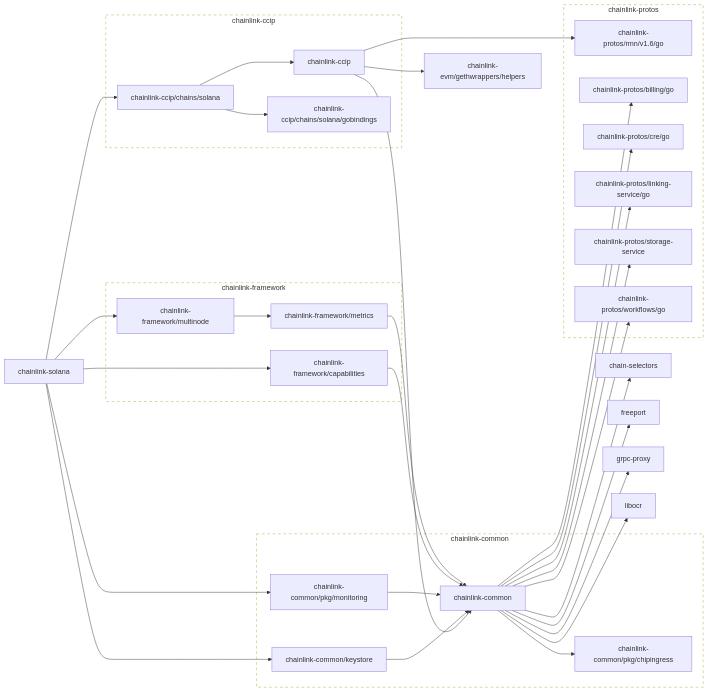
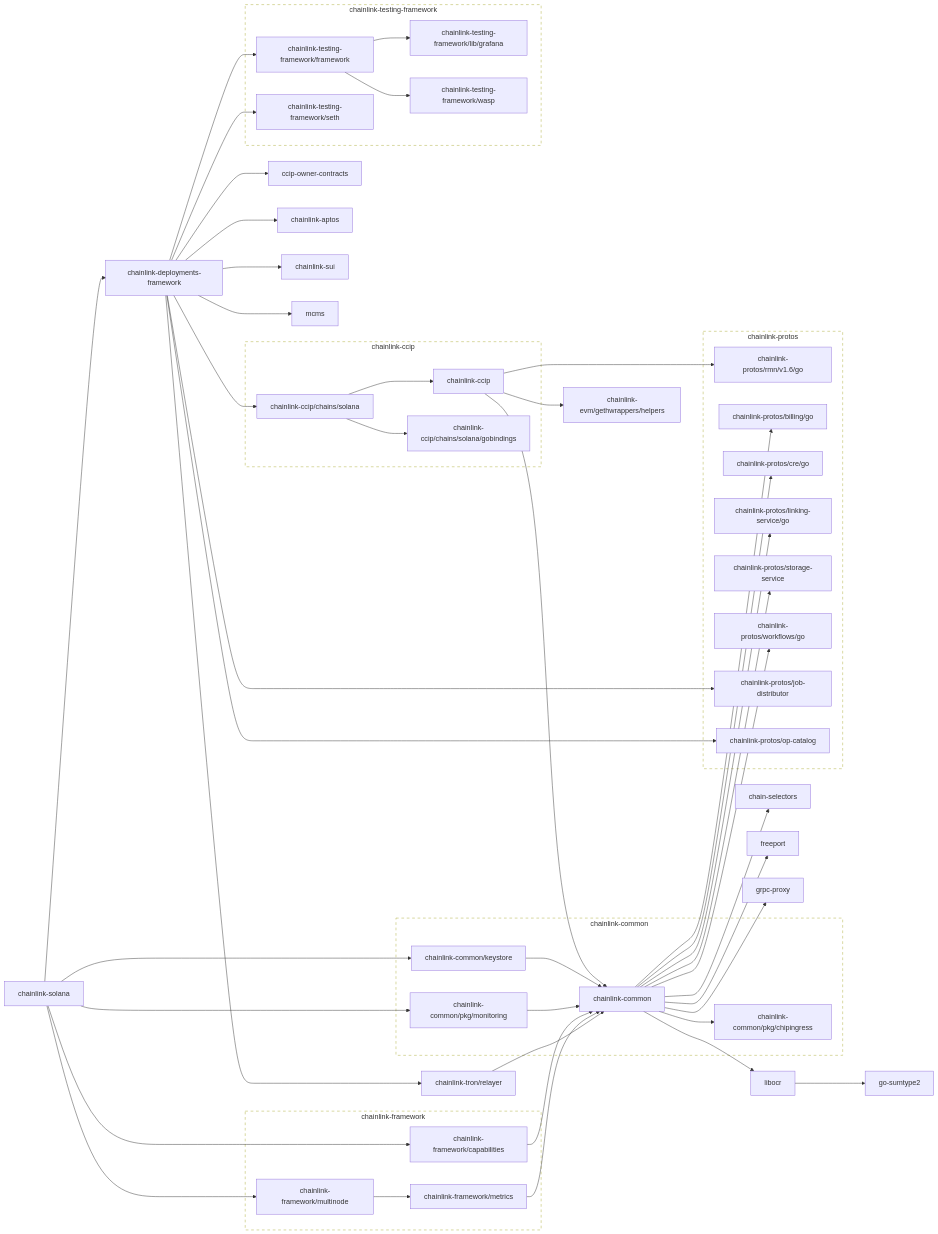
One commit to smartcontractkit/chainlink-solana changed the first of 2 diagrams in go.md. Above: the diagram before and after it, drawn with Mermaid. The commit also changed other lines of this file and 6 other files, not shown here.

````diff
--- a/go.md
+++ b/go.md
@@ -3,8 +3,12 @@
 ```mermaid
 flowchart LR
 
+	ccip-owner-contracts
+	click ccip-owner-contracts href "https://github.com/smartcontractkit/ccip-owner-contracts"
 	chain-selectors
 	click chain-selectors href "https://github.com/smartcontractkit/chain-selectors"
+	chainlink-aptos
+	click chainlink-aptos href "https://github.com/smartcontractkit/chainlink-aptos"
 	chainlink-ccip --> chainlink-common
 	chainlink-ccip --> chainlink-evm/gethwrappers/helpers
 	chainlink-ccip --> chainlink-protos/rmn/v1.6/go
@@ -31,6 +35,17 @@
 	click chainlink-common/pkg/chipingress href "https://github.com/smartcontractkit/chainlink-common"
 	chainlink-common/pkg/monitoring --> chainlink-common
 	click chainlink-common/pkg/monitoring href "https://github.com/smartcontractkit/chainlink-common"
+	chainlink-deployments-framework --> ccip-owner-contracts
+	chainlink-deployments-framework --> chainlink-aptos
+	chainlink-deployments-framework --> chainlink-ccip/chains/solana
+	chainlink-deployments-framework --> chainlink-protos/job-distributor
+	chainlink-deployments-framework --> chainlink-protos/op-catalog
+	chainlink-deployments-framework --> chainlink-sui
+	chainlink-deployments-framework --> chainlink-testing-framework/framework
+	chainlink-deployments-framework --> chainlink-testing-framework/seth
+	chainlink-deployments-framework --> chainlink-tron/relayer
+	chainlink-deployments-framework --> mcms
+	click chainlink-deployments-framework href "https://github.com/smartcontractkit/chainlink-deployments-framework"
 	chainlink-evm/gethwrappers/helpers
 	click chainlink-evm/gethwrappers/helpers href "https://github.com/smartcontractkit/chainlink-evm"
 	chainlink-framework/capabilities --> chainlink-common
@@ -43,26 +58,47 @@
 	click chainlink-protos/billing/go href "https://github.com/smartcontractkit/chainlink-protos"
 	chainlink-protos/cre/go
 	click chainlink-protos/cre/go href "https://github.com/smartcontractkit/chainlink-protos"
+	chainlink-protos/job-distributor
+	click chainlink-protos/job-distributor href "https://github.com/smartcontractkit/chainlink-protos"
 	chainlink-protos/linking-service/go
 	click chainlink-protos/linking-service/go href "https://github.com/smartcontractkit/chainlink-protos"
+	chainlink-protos/op-catalog
+	click chainlink-protos/op-catalog href "https://github.com/smartcontractkit/chainlink-protos"
 	chainlink-protos/rmn/v1.6/go
 	click chainlink-protos/rmn/v1.6/go href "https://github.com/smartcontractkit/chainlink-protos"
 	chainlink-protos/storage-service
 	click chainlink-protos/storage-service href "https://github.com/smartcontractkit/chainlink-protos"
 	chainlink-protos/workflows/go
 	click chainlink-protos/workflows/go href "https://github.com/smartcontractkit/chainlink-protos"
-	chainlink-solana --> chainlink-ccip/chains/solana
 	chainlink-solana --> chainlink-common/keystore
 	chainlink-solana --> chainlink-common/pkg/monitoring
+	chainlink-solana --> chainlink-deployments-framework
 	chainlink-solana --> chainlink-framework/capabilities
 	chainlink-solana --> chainlink-framework/multinode
 	click chainlink-solana href "https://github.com/smartcontractkit/chainlink-solana"
+	chainlink-sui
+	click chainlink-sui href "https://github.com/smartcontractkit/chainlink-sui"
+	chainlink-testing-framework/framework --> chainlink-testing-framework/lib/grafana
+	chainlink-testing-framework/framework --> chainlink-testing-framework/wasp
+	click chainlink-testing-framework/framework href "https://github.com/smartcontractkit/chainlink-testing-framework"
+	chainlink-testing-framework/lib/grafana
+	click chainlink-testing-framework/lib/grafana href "https://github.com/smartcontractkit/chainlink-testing-framework"
+	chainlink-testing-framework/seth
+	click chainlink-testing-framework/seth href "https://github.com/smartcontractkit/chainlink-testing-framework"
+	chainlink-testing-framework/wasp
+	click chainlink-testing-framework/wasp href "https://github.com/smartcontractkit/chainlink-testing-framework"
+	chainlink-tron/relayer --> chainlink-common
+	click chainlink-tron/relayer href "https://github.com/smartcontractkit/chainlink-tron"
 	freeport
 	click freeport href "https://github.com/smartcontractkit/freeport"
+	go-sumtype2
+	click go-sumtype2 href "https://github.com/smartcontractkit/go-sumtype2"
 	grpc-proxy
 	click grpc-proxy href "https://github.com/smartcontractkit/grpc-proxy"
-	libocr
+	libocr --> go-sumtype2
 	click libocr href "https://github.com/smartcontractkit/libocr"
+	mcms
+	click mcms href "https://github.com/smartcontractkit/mcms"
 
 	subgraph chainlink-ccip-repo[chainlink-ccip]
 		 chainlink-ccip
@@ -89,13 +125,23 @@
 	subgraph chainlink-protos-repo[chainlink-protos]
 		 chainlink-protos/billing/go
 		 chainlink-protos/cre/go
+		 chainlink-protos/job-distributor
 		 chainlink-protos/linking-service/go
+		 chainlink-protos/op-catalog
 		 chainlink-protos/rmn/v1.6/go
 		 chainlink-protos/storage-service
 		 chainlink-protos/workflows/go
 	end
 	click chainlink-protos-repo href "https://github.com/smartcontractkit/chainlink-protos"
 
+	subgraph chainlink-testing-framework-repo[chainlink-testing-framework]
+		 chainlink-testing-framework/framework
+		 chainlink-testing-framework/lib/grafana
+		 chainlink-testing-framework/seth
+		 chainlink-testing-framework/wasp
+	end
+	click chainlink-testing-framework-repo href "https://github.com/smartcontractkit/chainlink-testing-framework"
+
 	classDef outline stroke-dasharray:6,fill:none;
-	class chainlink-ccip-repo,chainlink-common-repo,chainlink-framework-repo,chainlink-protos-repo outline
+	class chainlink-ccip-repo,chainlink-common-repo,chainlink-framework-repo,chainlink-protos-repo,chainlink-testing-framework-repo outline
 ```
````
